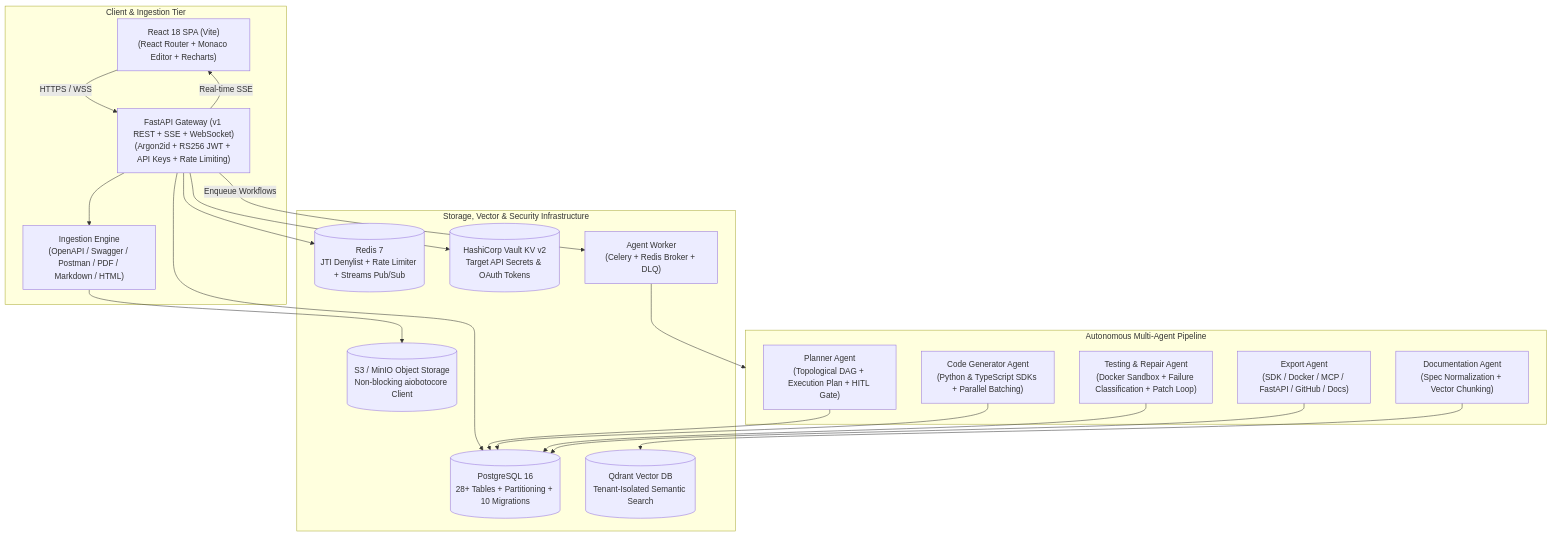
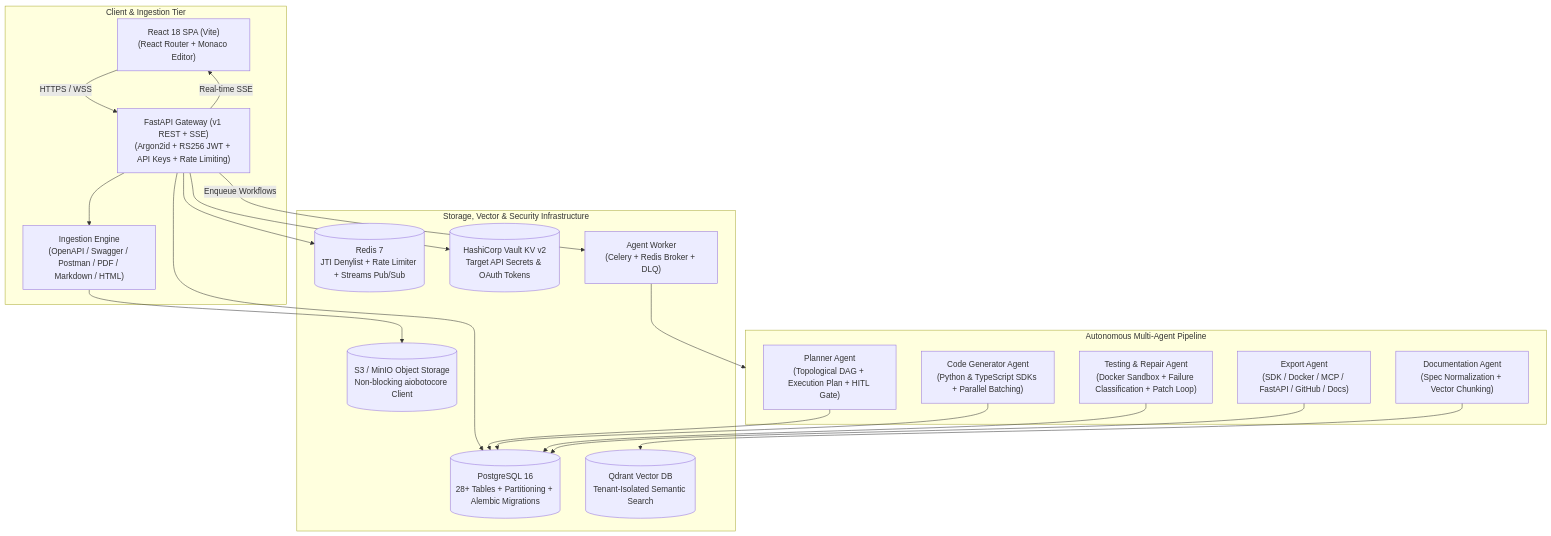
The diagram in README.md (AJambla/APIWeaver-Autonomous-Multi-Agent-API-Integration-Platform), drawn with Mermaid before and after one commit. The commit also changed 7 other files, not shown here.

````diff
--- a/README.md
+++ b/README.md
@@ -38,40 +38,40 @@
 ```mermaid
 flowchart TD
     subgraph ClientLayer ["Client & Ingestion Tier"]
-        Web["React 18 SPA (Vite)\n(React Router + Monaco Editor + Recharts)"]
-        API["FastAPI Gateway (v1 REST + SSE + WebSocket)\n(Argon2id + RS256 JWT + API Keys + Rate Limiting)"]
+        Web["React 18 SPA (Vite)\n(React Router + Monaco Editor)"]
+        API["FastAPI Gateway (v1 REST + SSE)\n(Argon2id + RS256 JWT + API Keys + Rate Limiting)"]
         Ingest["Ingestion Engine\n(OpenAPI / Swagger / Postman / PDF / Markdown / HTML)"]
     end
 
     subgraph Agents ["Autonomous Multi-Agent Pipeline"]
         DocAgent["Documentation Agent\n(Spec Normalization + Vector Chunking)"]
         PlannerAgent["Planner Agent\n(Topological DAG + Execution Plan + HITL Gate)"]
         CodeAgent["Code Generator Agent\n(Python & TypeScript SDKs + Parallel Batching)"]
         TestAgent["Testing & Repair Agent\n(Docker Sandbox + Failure Classification + Patch Loop)"]
         ExportAgent["Export Agent\n(SDK / Docker / MCP / FastAPI / GitHub / Docs)"]
     end
 
     subgraph StorageInfra ["Storage, Vector & Security Infrastructure"]
-        Postgres[(PostgreSQL 16\n28+ Tables + Partitioning + 10 Migrations)]
+        Postgres[(PostgreSQL 16\n28+ Tables + Partitioning + Alembic Migrations)]
         Redis[(Redis 7\nJTI Denylist + Rate Limiter + Streams Pub/Sub)]
         Qdrant[(Qdrant Vector DB\nTenant-Isolated Semantic Search)]
         MinIO[(S3 / MinIO Object Storage\nNon-blocking aiobotocore Client)]
         Vault[(HashiCorp Vault KV v2\nTarget API Secrets & OAuth Tokens)]
         CeleryWorker["Agent Worker\n(Celery + Redis Broker + DLQ)"]
     end
 
     Web -->|HTTPS / WSS| API
     API --> Ingest
     API --> Postgres
     API --> Redis
     API --> Vault
     Ingest --> MinIO
     API -->|Enqueue Workflows| CeleryWorker
     CeleryWorker --> Agents
     DocAgent --> Qdrant
     PlannerAgent --> Postgres
     CodeAgent --> Postgres
     TestAgent --> Postgres
     ExportAgent --> Postgres
     API -->|Real-time SSE| Web
 ```
````
